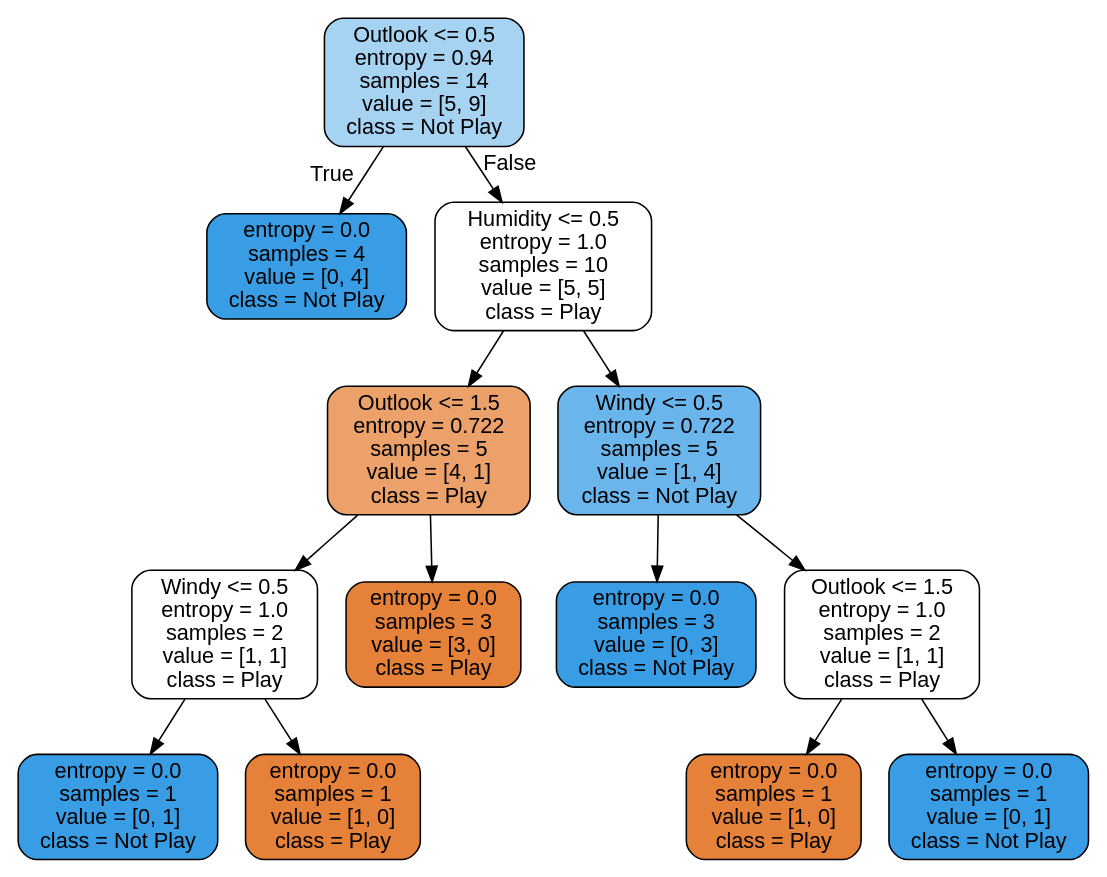
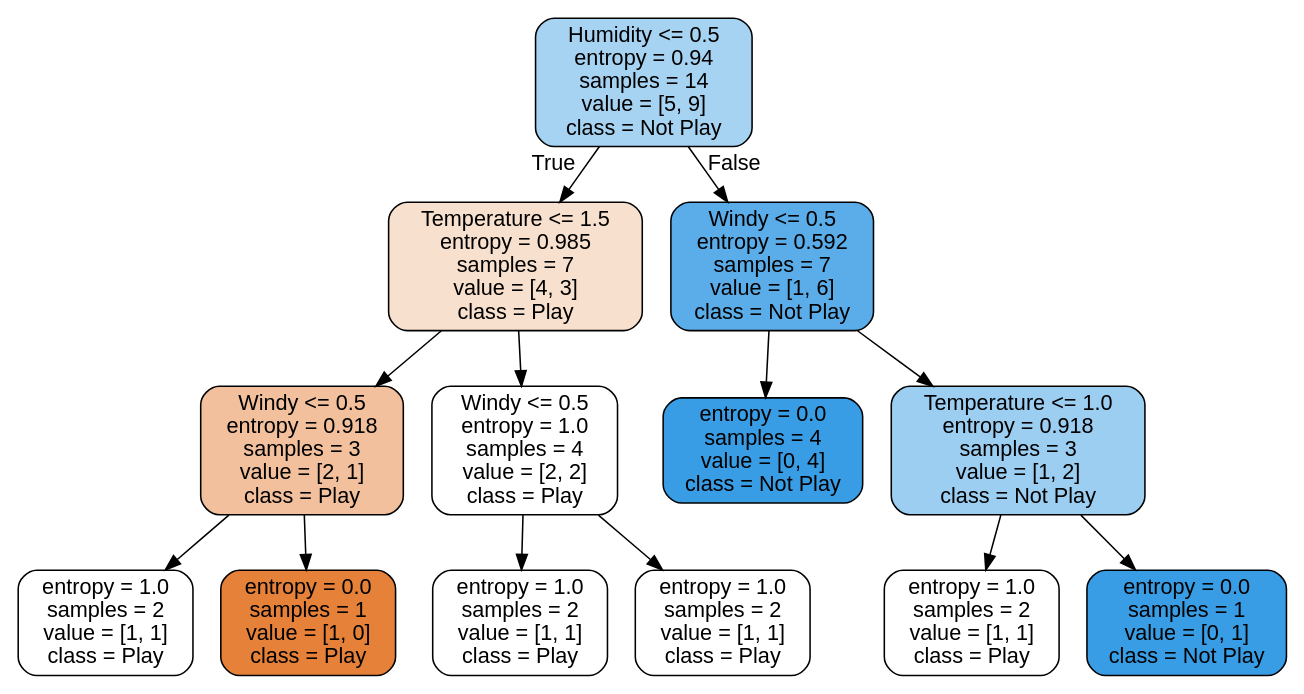
One commit to JasonNerd/DataMining changed the diagram in filestorage/result/sample.csv.dot. Above: the diagram before and after it, drawn with Graphviz. The commit also changed 4 other files, not shown here.

```diff
--- a/filestorage/result/sample.csv.dot
+++ b/filestorage/result/sample.csv.dot
@@ -1,29 +1,29 @@
 digraph Tree {
 node [shape=box, style="filled, rounded", color="black", fontname="helvetica"] ;
 edge [fontname="helvetica"] ;
-0 [label="Outlook <= 0.5\nentropy = 0.94\nsamples = 14\nvalue = [5, 9]\nclass = Not Play", fillcolor="#a7d3f3"] ;
-1 [label="entropy = 0.0\nsamples = 4\nvalue = [0, 4]\nclass = Not Play", fillcolor="#399de5"] ;
+0 [label=" Humidity <= 0.5\nentropy = 0.94\nsamples = 14\nvalue = [5, 9]\nclass = Not Play", fillcolor="#a7d3f3"] ;
+1 [label=" Temperature <= 1.5\nentropy = 0.985\nsamples = 7\nvalue = [4, 3]\nclass = Play", fillcolor="#f8e0ce"] ;
 0 -> 1 [labeldistance=2.5, labelangle=45, headlabel="True"] ;
-2 [label=" Humidity <= 0.5\nentropy = 1.0\nsamples = 10\nvalue = [5, 5]\nclass = Play", fillcolor="#ffffff"] ;
-0 -> 2 [labeldistance=2.5, labelangle=-45, headlabel="False"] ;
-3 [label="Outlook <= 1.5\nentropy = 0.722\nsamples = 5\nvalue = [4, 1]\nclass = Play", fillcolor="#eca06a"] ;
+2 [label=" Windy <= 0.5\nentropy = 0.918\nsamples = 3\nvalue = [2, 1]\nclass = Play", fillcolor="#f2c09c"] ;
+1 -> 2 ;
+3 [label="entropy = 1.0\nsamples = 2\nvalue = [1, 1]\nclass = Play", fillcolor="#ffffff"] ;
 2 -> 3 ;
-4 [label=" Windy <= 0.5\nentropy = 1.0\nsamples = 2\nvalue = [1, 1]\nclass = Play", fillcolor="#ffffff"] ;
-3 -> 4 ;
-5 [label="entropy = 0.0\nsamples = 1\nvalue = [0, 1]\nclass = Not Play", fillcolor="#399de5"] ;
-4 -> 5 ;
-6 [label="entropy = 0.0\nsamples = 1\nvalue = [1, 0]\nclass = Play", fillcolor="#e58139"] ;
-4 -> 6 ;
-7 [label="entropy = 0.0\nsamples = 3\nvalue = [3, 0]\nclass = Play", fillcolor="#e58139"] ;
-3 -> 7 ;
-8 [label=" Windy <= 0.5\nentropy = 0.722\nsamples = 5\nvalue = [1, 4]\nclass = Not Play", fillcolor="#6ab6ec"] ;
-2 -> 8 ;
-9 [label="entropy = 0.0\nsamples = 3\nvalue = [0, 3]\nclass = Not Play", fillcolor="#399de5"] ;
+4 [label="entropy = 0.0\nsamples = 1\nvalue = [1, 0]\nclass = Play", fillcolor="#e58139"] ;
+2 -> 4 ;
+5 [label=" Windy <= 0.5\nentropy = 1.0\nsamples = 4\nvalue = [2, 2]\nclass = Play", fillcolor="#ffffff"] ;
+1 -> 5 ;
+6 [label="entropy = 1.0\nsamples = 2\nvalue = [1, 1]\nclass = Play", fillcolor="#ffffff"] ;
+5 -> 6 ;
+7 [label="entropy = 1.0\nsamples = 2\nvalue = [1, 1]\nclass = Play", fillcolor="#ffffff"] ;
+5 -> 7 ;
+8 [label=" Windy <= 0.5\nentropy = 0.592\nsamples = 7\nvalue = [1, 6]\nclass = Not Play", fillcolor="#5aade9"] ;
+0 -> 8 [labeldistance=2.5, labelangle=-45, headlabel="False"] ;
+9 [label="entropy = 0.0\nsamples = 4\nvalue = [0, 4]\nclass = Not Play", fillcolor="#399de5"] ;
 8 -> 9 ;
-10 [label="Outlook <= 1.5\nentropy = 1.0\nsamples = 2\nvalue = [1, 1]\nclass = Play", fillcolor="#ffffff"] ;
+10 [label=" Temperature <= 1.0\nentropy = 0.918\nsamples = 3\nvalue = [1, 2]\nclass = Not Play", fillcolor="#9ccef2"] ;
 8 -> 10 ;
-11 [label="entropy = 0.0\nsamples = 1\nvalue = [1, 0]\nclass = Play", fillcolor="#e58139"] ;
+11 [label="entropy = 1.0\nsamples = 2\nvalue = [1, 1]\nclass = Play", fillcolor="#ffffff"] ;
 10 -> 11 ;
 12 [label="entropy = 0.0\nsamples = 1\nvalue = [0, 1]\nclass = Not Play", fillcolor="#399de5"] ;
 10 -> 12 ;
 }
```
